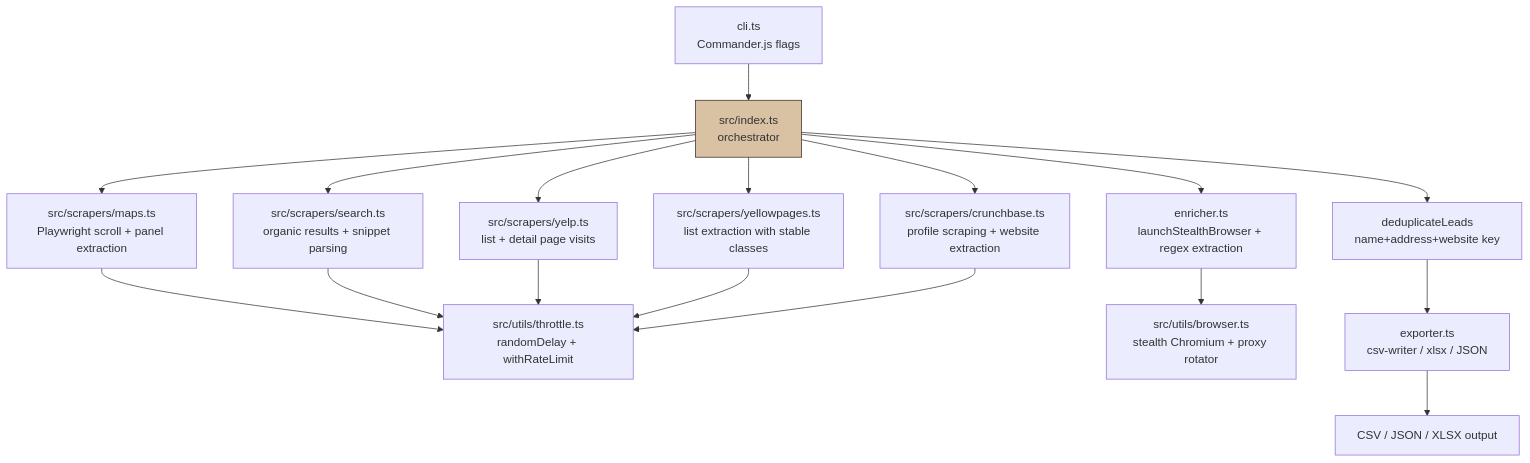
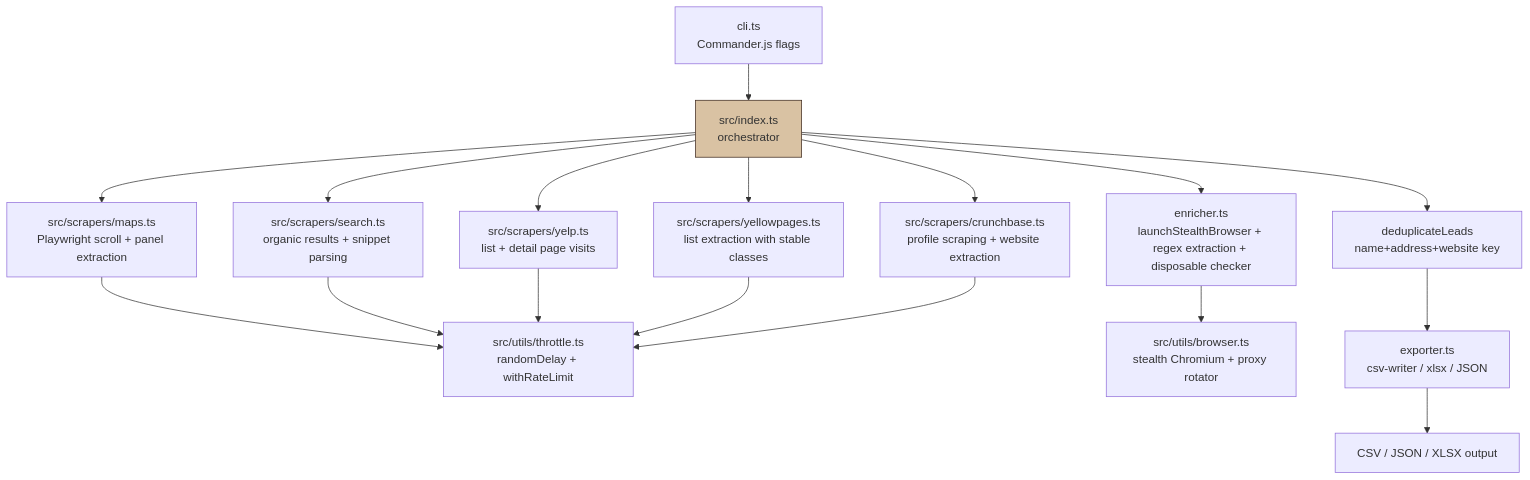
One commit to ajendras/lead-mine changed the diagram in README.md. Above: the diagram before and after it, drawn with Mermaid. The commit also changed other lines of this file and 6 other files, not shown here.

Commit message:
feat(enricher): add email verification using disposable domain checker

````diff
--- a/README.md
+++ b/README.md
@@ -244,16 +249,16 @@
 ```mermaid
 flowchart TD
     CLI[cli.ts<br>Commander.js flags] --> Index[src/index.ts<br>orchestrator]
     Index --> Maps[src/scrapers/maps.ts<br>Playwright scroll + panel extraction]
     Index --> Search[src/scrapers/search.ts<br>organic results + snippet parsing]
     Index --> Yelp[src/scrapers/yelp.ts<br>list + detail page visits]
     Index --> YellowPages[src/scrapers/yellowpages.ts<br>list extraction with stable classes]
     Index --> Crunchbase[src/scrapers/crunchbase.ts<br>profile scraping + website extraction]
     Maps & Search & Yelp & YellowPages & Crunchbase --> Throttle[src/utils/throttle.ts<br>randomDelay + withRateLimit]
-    Index --> Enrich[enricher.ts<br>launchStealthBrowser + regex extraction]
+    Index --> Enrich[enricher.ts<br>launchStealthBrowser + regex extraction + disposable checker]
     Enrich --> Browser[src/utils/browser.ts<br>stealth Chromium + proxy rotator]
     Index --> Dedup[deduplicateLeads<br>name+address+website key]
     Dedup --> Export[exporter.ts<br>csv-writer / xlsx / JSON]
     Export --> FS[CSV / JSON / XLSX output]
     style Index fill:#d9c2a3,stroke:#3f2a1e
 ```
````
